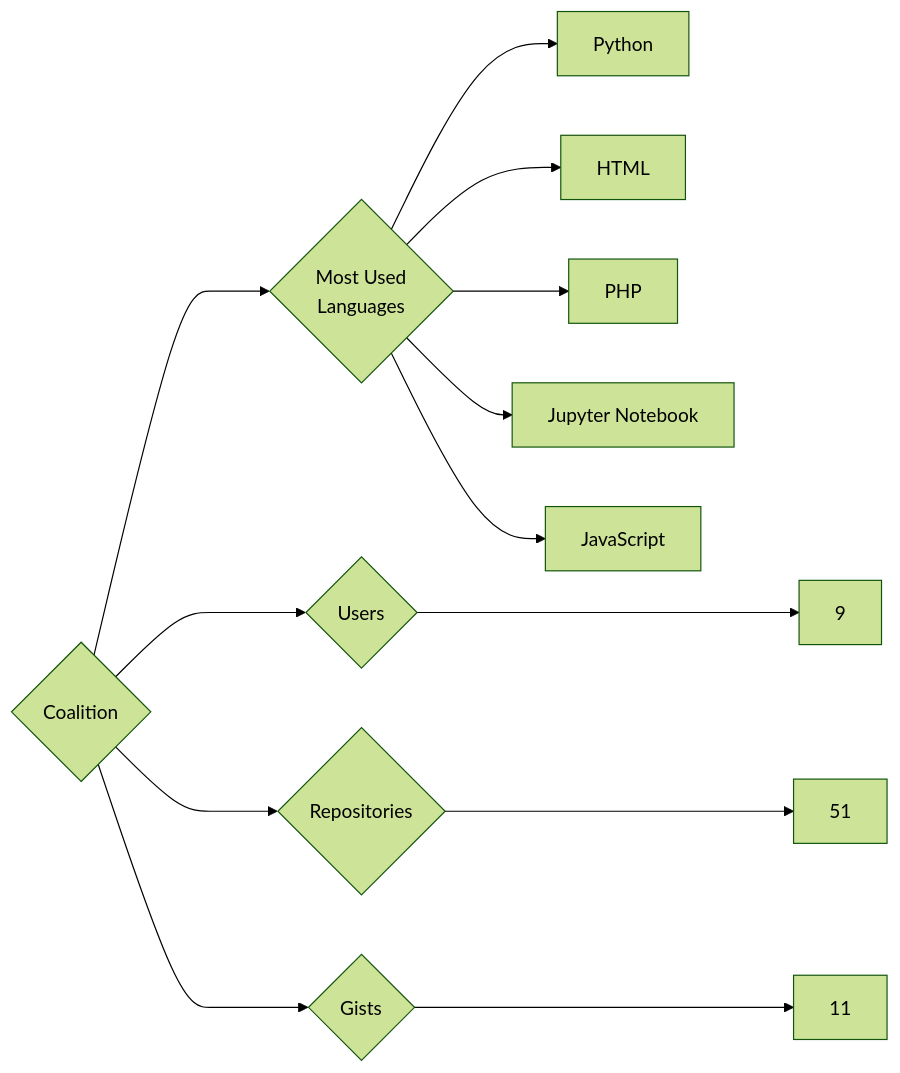
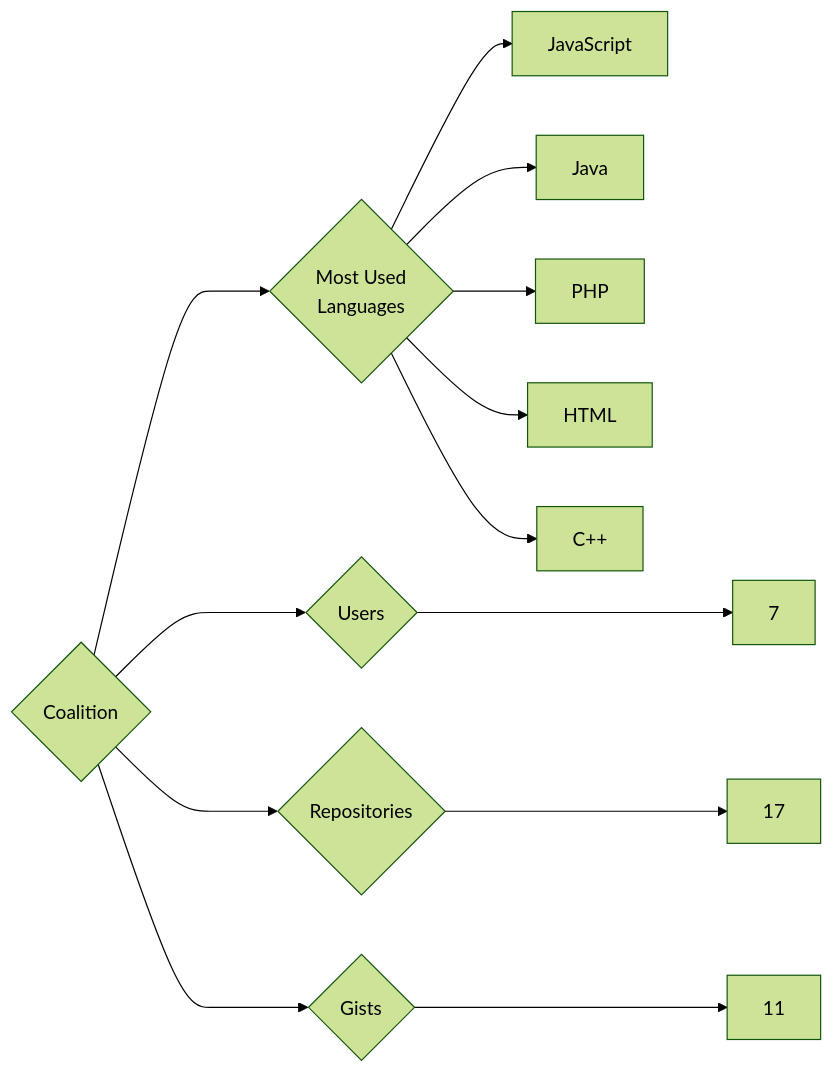
One commit to trickest/insiders changed the diagram in targets/Coalition/README.md. Above: the diagram before and after it, drawn with Mermaid (forest theme). The commit also changed 639 other files, not shown here.

````diff
--- a/targets/Coalition/README.md
+++ b/targets/Coalition/README.md
@@ -3,13 +3,13 @@
 ```mermaid
 graph LR
 COMPANY_NAME{Coalition}
-COMPANY_NAME ---> U{Users} ---> UN[9]
-COMPANY_NAME ---> R{Repositories} ---> RN[51]
+COMPANY_NAME ---> U{Users} ---> UN[7]
+COMPANY_NAME ---> R{Repositories} ---> RN[17]
 COMPANY_NAME ---> G{Gists} ---> GN[11]
 COMPANY_NAME ---> ML{Most Used<br>Languages}
-ML --> Python[Python]
+ML --> JavaScript[JavaScript]
+ML --> Java[Java]
+ML --> PHP[PHP]
 ML --> HTML[HTML]
-ML --> PHP[PHP]
-ML --> Jupyter_Notebook[Jupyter Notebook]
-ML --> JavaScript[JavaScript]
+ML --> C++[C++]
 ```
````
